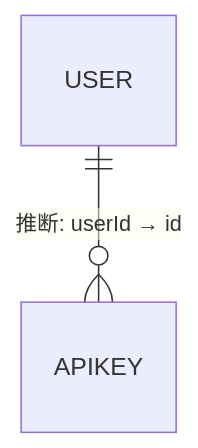
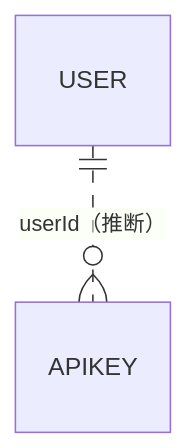
One commit to betterblueblue/blue-skillhub changed the second of 2 diagrams in skills/pathfinder/tests/fixtures/degradation-trap/change-impact/_project-map.md. Above: the diagram before and after it, drawn with Mermaid. The commit also changed other lines of this file and 13 other files, not shown here.

First line of the commit message:
feat(pathfinder): 地图改为两段式：导读 + 参考数据

````diff
--- a/skills/pathfinder/tests/fixtures/degradation-trap/change-impact/_project-map.md
+++ b/skills/pathfinder/tests/fixtures/degradation-trap/change-impact/_project-map.md
@@ -102,5 +151,4 @@
 ```mermaid
 erDiagram
-    USER ||--o{ APIKEY : "推断: userId → id"
-    %% 关系靠命名推断,标虚线语义;无 DB 证据
+    USER ||..o{ APIKEY : "userId（推断）"
 ```
````
